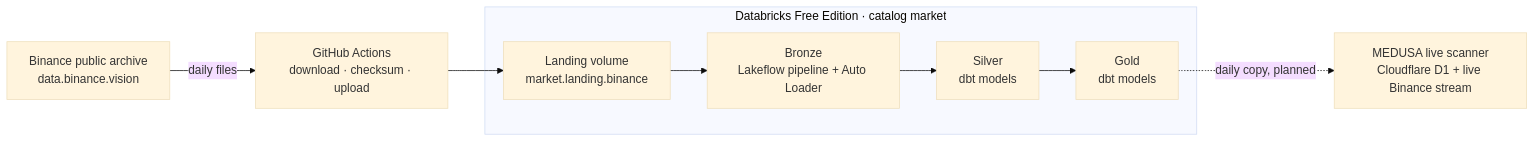
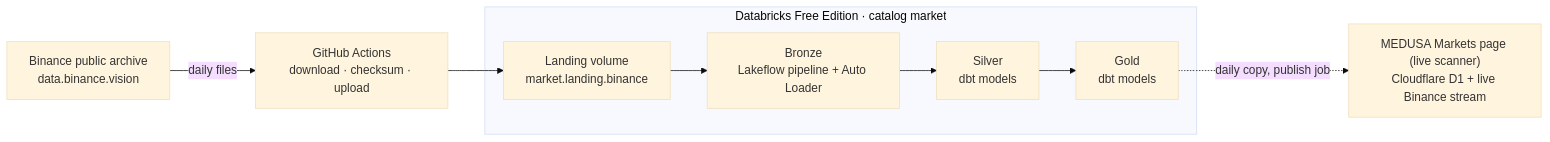
The diagram in lakehouse/README.md (shivam65-sketch/medusa), drawn with Mermaid (base theme) before and after one commit. The commit also changed other lines of this file and 10 other files, not shown here.

Commit message:
1.6.0: Markets page with the live scanner: types, Patterns, and each number's calculation as SQL (step 25)

````diff
--- a/lakehouse/README.md
+++ b/lakehouse/README.md
@@ -13,11 +13,11 @@
 ```mermaid
 flowchart LR
   A["Binance public archive<br>data.binance.vision"] -->|daily files| B["GitHub Actions<br>download · checksum · upload"]
   B --> C["Landing volume<br>market.landing.binance"]
   subgraph D["Databricks Free Edition · catalog market"]
     C --> E["Bronze<br>Lakeflow pipeline + Auto Loader"]
     E --> F["Silver<br>dbt models"]
     F --> G["Gold<br>dbt models"]
   end
-  G -.->|daily copy, planned| I["MEDUSA live scanner<br>Cloudflare D1 + live Binance stream"]
+  G -.->|daily copy, publish job| I["MEDUSA Markets page (live scanner)<br>Cloudflare D1 + live Binance stream"]
 ```
````
